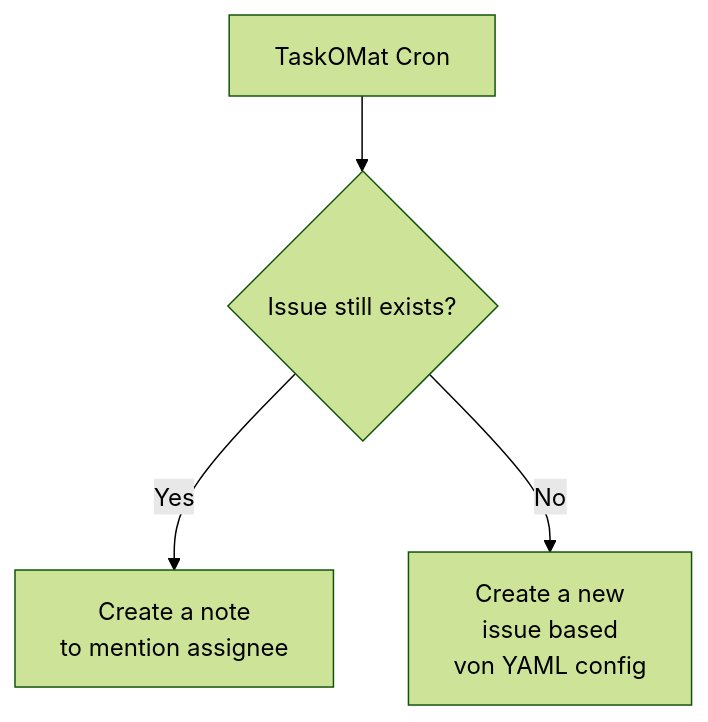
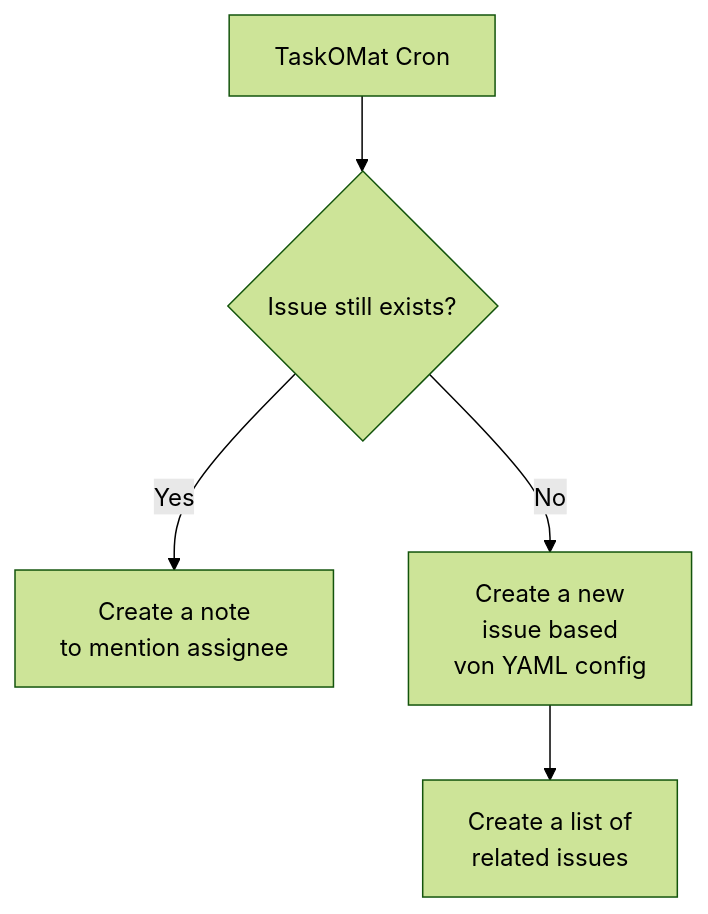
The second of 2 diagrams in README.md (perryflynn/taskomat), drawn with Mermaid (forest theme) before and after one commit. The commit also changed other lines of this file, not shown here.

Commit message:
improve mermaid diagrams

````diff
--- a/README.md
+++ b/README.md
@@ -47,6 +46,7 @@
 ```mermaid
 graph TD
     tm[TaskOMat Cron] --> check{Issue still exists?}
     check -->|Yes| note[Create a note<br>to mention assignee]
     check -->|No| issue[Create a new<br>issue based<br>von YAML config]
+    issue --> related[Create a list of<br>related issues]
 ```
````
